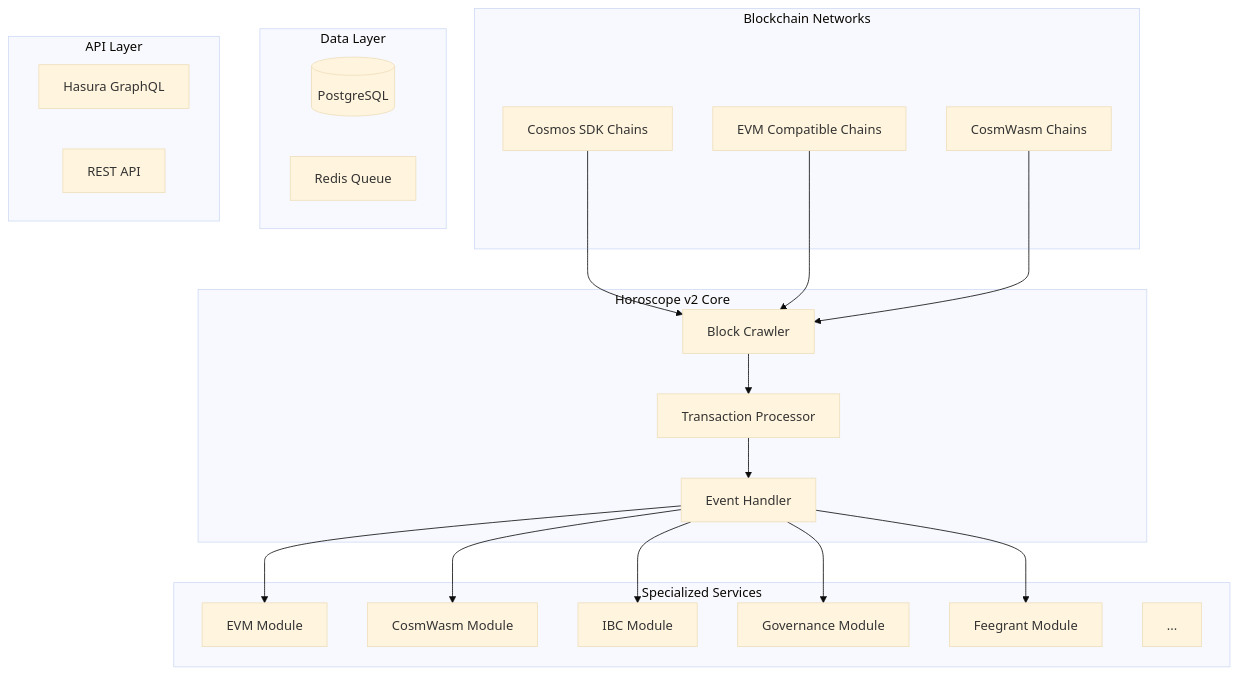
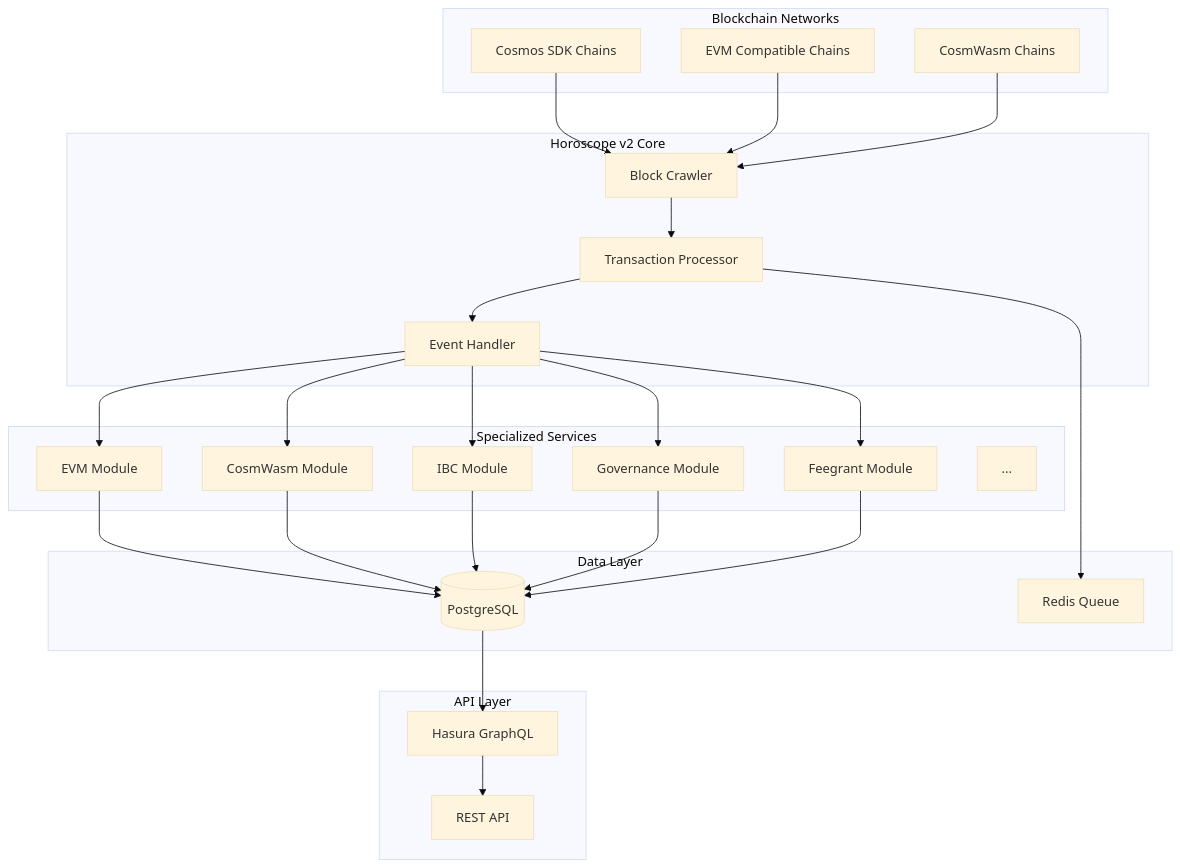
The diagram in README.md (phamphong9981/indexer-cosmos-modules), drawn with Mermaid (base theme) before and after one commit.

````diff
--- a/README.md
+++ b/README.md
@@ -16,46 +16,56 @@
 ```mermaid
 graph TB
     subgraph "Blockchain Networks"
         A[Cosmos SDK Chains]
         B[EVM Compatible Chains]
         C[CosmWasm Chains]
     end
     
     subgraph "Horoscope v2 Core"
         D[Block Crawler]
         E[Transaction Processor]
         F[Event Handler]
     end
     
     subgraph "Specialized Services"
         H[EVM Module]
         I[CosmWasm Module]
         J[IBC Module]
         K[Governance Module]
         G[Feegrant Module]
         ...
     end
     
     subgraph "Data Layer"
         L[(PostgreSQL)]
         M[Redis Queue]
     end
     
     subgraph "API Layer"
         N[Hasura GraphQL]
         O[REST API]
     end
     
     A --> D
     B --> D
     C --> D
     
     D --> E
     E --> F
     F --> G
     
     F --> H
     F --> I
     F --> J
     F --> K
+
+    H --> L
+    I --> L
+    J --> L
+    K --> L
+    G --> L
+    
+    E --> M
+    L --> N
+    N --> O
 ```
````
